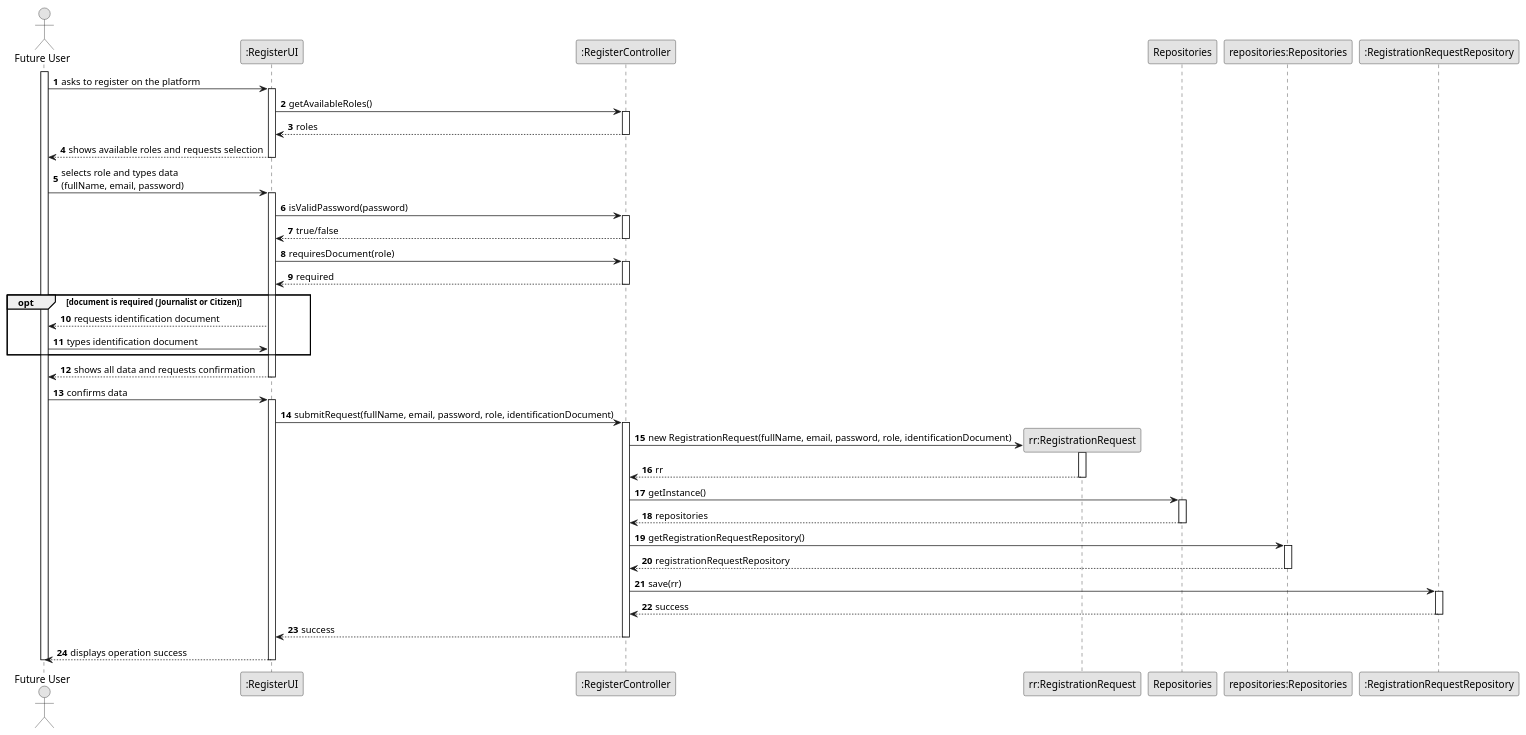
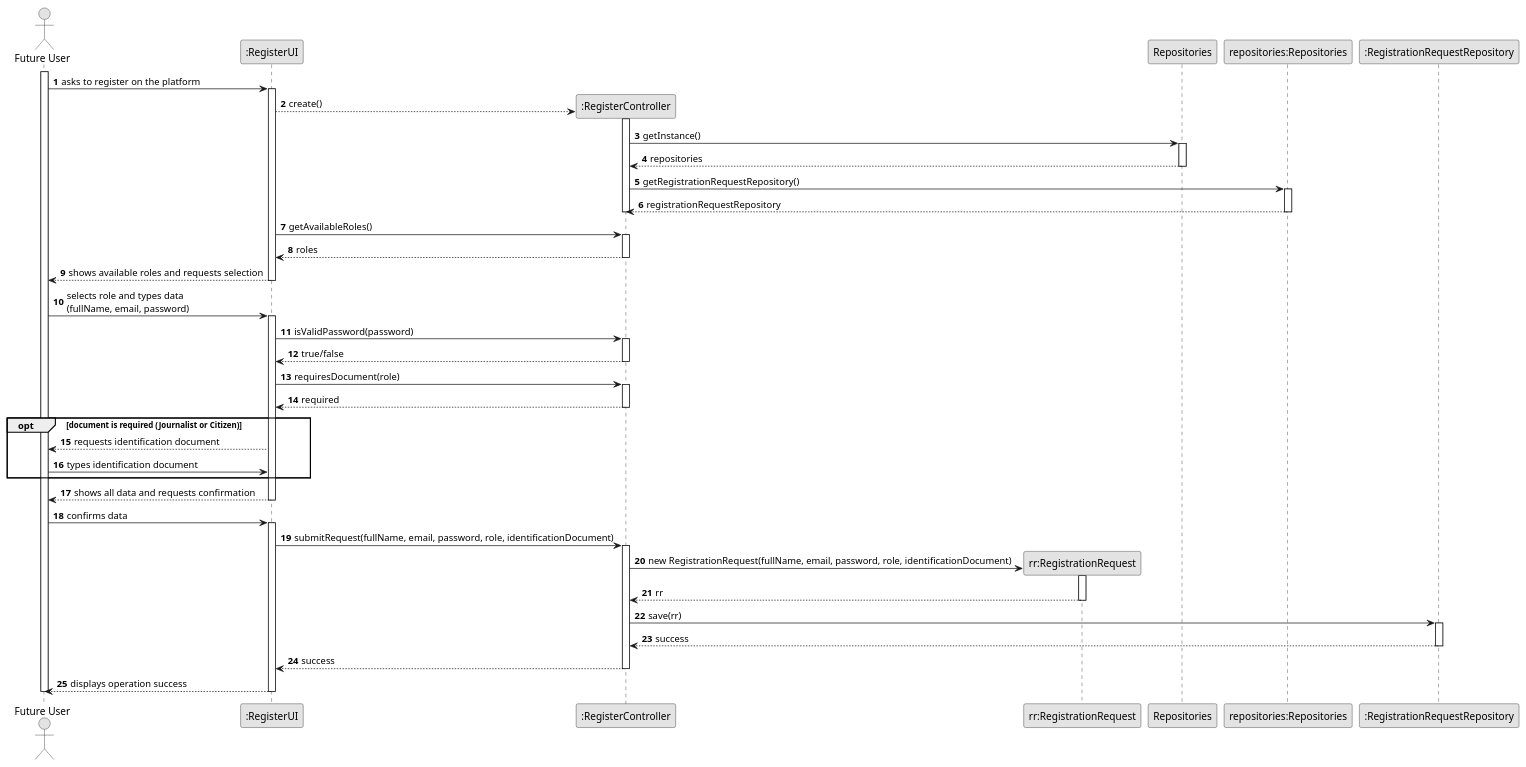
The diagram in docs/system-documentation/US01/03.design/puml/US01-SD.puml (brunodspinto/crystal-clear-platform), drawn with PlantUML before and after one commit. The commit also changed 18 other files, not shown here.

Commit message:
Adopt DTO pattern in US02 and US03 (Sprint 3 ESOFT): added OrganizationDTO. Updated US01-03 SD/CD to show UI creating the controller with getInstance() on create. Regenerated SVGs and design rationale.

```diff
--- a/docs/system-documentation/US01/03.design/puml/US01-SD.puml
+++ b/docs/system-documentation/US01/03.design/puml/US01-SD.puml
@@ -1,80 +1,83 @@
 @startuml US01-SD
 skinparam monochrome true
 skinparam packageStyle rectangle
 skinparam shadowing false
 
 autonumber
 
 actor "Future User" as User
 participant ":RegisterUI" as UI
 participant ":RegisterController" as CTRL
 participant "rr:RegistrationRequest" as RR
 participant "Repositories" as REPOS
 participant "repositories:Repositories" as REPOS_SINGLETON
 participant ":RegistrationRequestRepository" as REPO
 
 activate User
 
     User -> UI : asks to register on the platform
     activate UI
+        UI --> CTRL** : create()
+        activate CTRL
+            CTRL -> REPOS : getInstance()
+            activate REPOS
+                REPOS --> CTRL : repositories
+            deactivate REPOS
+
+            CTRL -> REPOS_SINGLETON : getRegistrationRequestRepository()
+            activate REPOS_SINGLETON
+                REPOS_SINGLETON --> CTRL : registrationRequestRepository
+            deactivate REPOS_SINGLETON
+        deactivate CTRL
+
         UI -> CTRL : getAvailableRoles()
         activate CTRL
             CTRL --> UI : roles
         deactivate CTRL
         UI --> User : shows available roles and requests selection
     deactivate UI
 
     User -> UI : selects role and types data\n(fullName, email, password)
     activate UI
         UI -> CTRL : isValidPassword(password)
         activate CTRL
             CTRL --> UI : true/false
         deactivate CTRL
         UI -> CTRL : requiresDocument(role)
         activate CTRL
             CTRL --> UI : required
         deactivate CTRL
 
         opt document is required (Journalist or Citizen)
             UI --> User : requests identification document
             User -> UI : types identification document
         end
 
         UI --> User : shows all data and requests confirmation
     deactivate UI
 
     User -> UI : confirms data
     activate UI
 
         UI -> CTRL : submitRequest(fullName, email, password, role, identificationDocument)
         activate CTRL
 
             CTRL -> RR ** : new RegistrationRequest(fullName, email, password, role, identificationDocument)
             activate RR
                 RR --> CTRL : rr
             deactivate RR
 
-            CTRL -> REPOS : getInstance()
-            activate REPOS
-                REPOS --> CTRL : repositories
-            deactivate REPOS
-
-            CTRL -> REPOS_SINGLETON : getRegistrationRequestRepository()
-            activate REPOS_SINGLETON
-                REPOS_SINGLETON --> CTRL : registrationRequestRepository
-            deactivate REPOS_SINGLETON
-
             CTRL -> REPO : save(rr)
             activate REPO
                 REPO --> CTRL : success
             deactivate REPO
 
             CTRL --> UI : success
         deactivate CTRL
 
         UI --> User : displays operation success
     deactivate UI
 
 deactivate User
 
 @enduml
```
